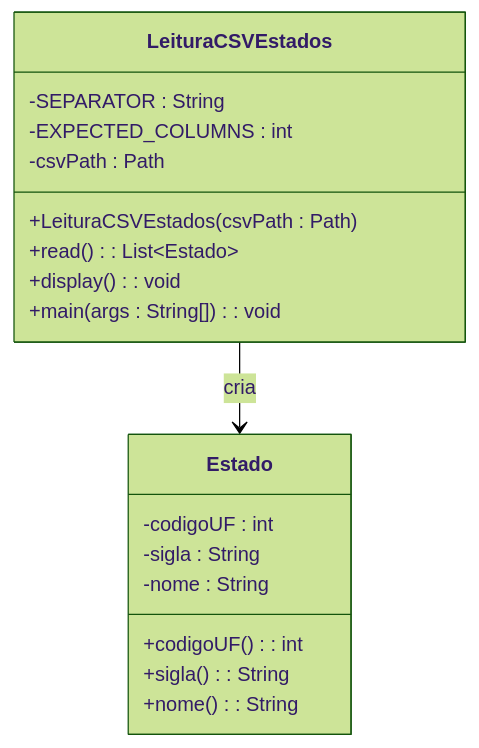
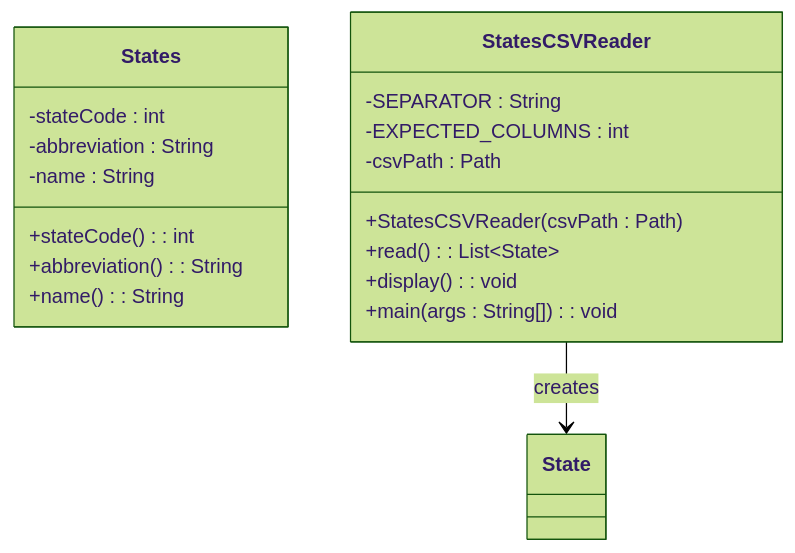
One commit to RenatoGarciaLopes/JavaIradoNoTxt changed the diagram in StatesCSVReader/states-csv-reader-class.uml.mermaid. Above: the diagram before and after it, drawn with Mermaid (forest theme).

Commit message:
refactor: rename classes and attributes in UML diagram for consistency with domain terminology

```diff
--- a/StatesCSVReader/states-csv-reader-class.uml.mermaid
+++ b/StatesCSVReader/states-csv-reader-class.uml.mermaid
@@ -1,19 +1,19 @@
 classDiagram
-class Estado {
-    -codigoUF : int
-    -sigla : String
-    -nome : String
-    +codigoUF() : int
-    +sigla() : String
-    +nome() : String
+class States {
+    -stateCode : int
+    -abbreviation : String
+    -name : String
+    +stateCode() : int
+    +abbreviation() : String
+    +name() : String
 }
-class LeituraCSVEstados {
+class StatesCSVReader {
     -SEPARATOR : String
     -EXPECTED_COLUMNS : int
     -csvPath : Path
-    +LeituraCSVEstados(csvPath : Path)
-    +read() : List~Estado~
+    +StatesCSVReader(csvPath : Path)
+    +read() : List~State~
     +display() : void
     +main(args : String[]) : void
 }
-LeituraCSVEstados --> Estado : cria
+StatesCSVReader --> State : creates
```
